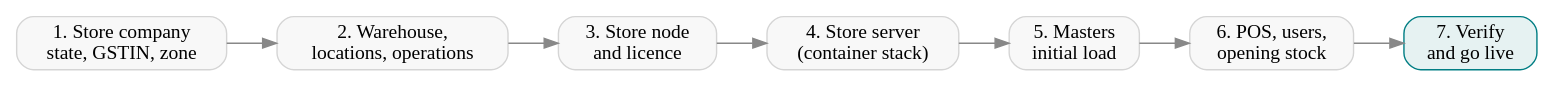
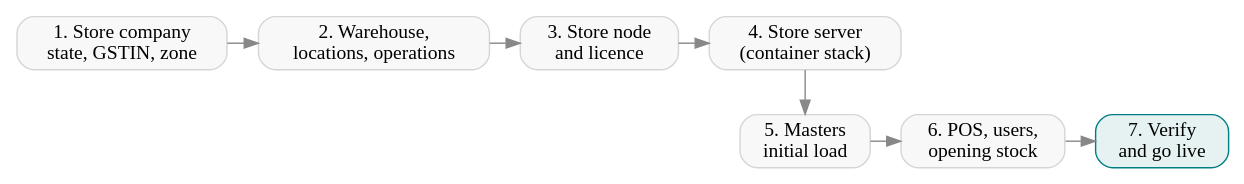
The diagram in content/case_studies/retail/new_store.rst (metalogicdigital/erp-docs), drawn with Graphviz before and after one commit. The commit also changed 8 other files, not shown here.

Commit message:
Make diagrams readable: sans-serif labels, wrap long flows into rows

```diff
--- a/content/case_studies/retail/new_store.rst
+++ b/content/case_studies/retail/new_store.rst
@@ -10,16 +10,20 @@
 .. graphviz::
    :caption: New store go-live, from company to first bill
 
    digraph ns {
-      rankdir=LR;
+      rankdir=TB; nodesep=0.3; ranksep=0.45;
       node [shape=box, style="rounded,filled", fillcolor="#F8F8F8", color="#D5D5D5"];
       edge [color="#888888"];
-      a [label="1. Store company\nstate, GSTIN, zone"];
-      b [label="2. Warehouse,\nlocations, operations"];
-      c [label="3. Store node\nand licence"];
-      d [label="4. Store server\n(container stack)"];
-      e [label="5. Masters\ninitial load"];
-      f [label="6. POS, users,\nopening stock"];
-      g [label="7. Verify\nand go live", fillcolor="#e6f2f2", color="#017e84"];
-      a -> b -> c -> d -> e -> f -> g;
+      { rank=same;
+        a [label="1. Store company\nstate, GSTIN, zone"];
+        b [label="2. Warehouse,\nlocations, operations"];
+        c [label="3. Store node\nand licence"];
+        d [label="4. Store server\n(container stack)"]; }
+      { rank=same;
+        e [label="5. Masters\ninitial load"];
+        f [label="6. POS, users,\nopening stock"];
+        g [label="7. Verify\nand go live", fillcolor="#e6f2f2", color="#017e84"]; }
+      a -> b -> c -> d;
+      d -> e;
+      e -> f -> g;
    }
```
